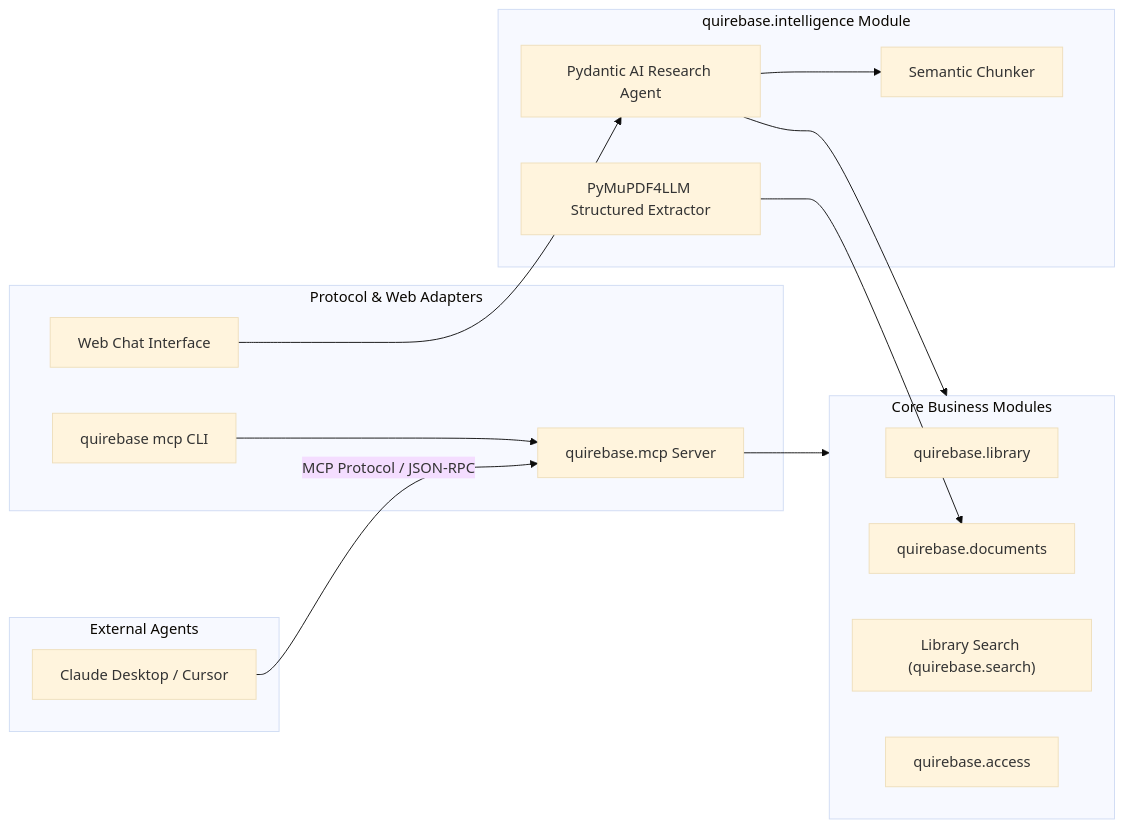
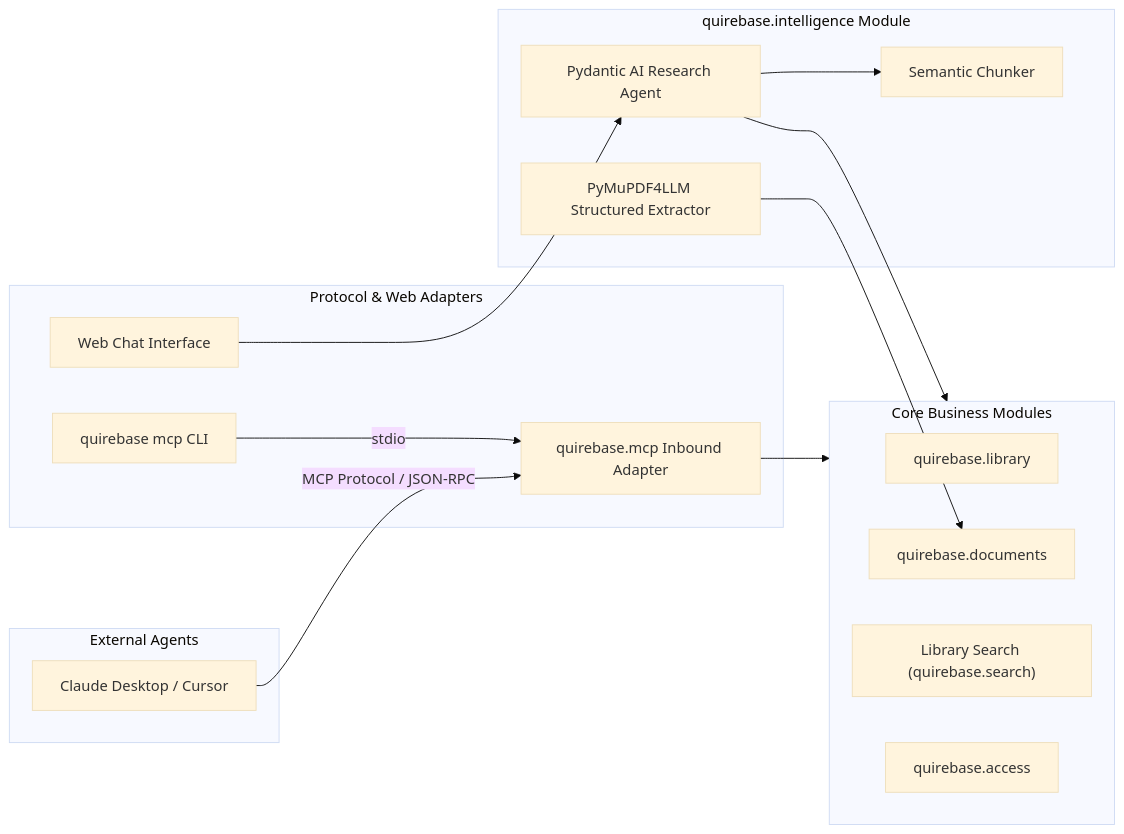
Before and after one commit to Jadeiin/quirebase: the diagram in docs/adr/0004-research-intelligence-mcp-and-agent.md, drawn with Mermaid (base theme). The commit also changed other lines of this file and 65 other files, not shown here.

````diff
--- a/docs/adr/0004-research-intelligence-mcp-and-agent.md
+++ b/docs/adr/0004-research-intelligence-mcp-and-agent.md
@@ -38,34 +76,34 @@
 ```mermaid
 graph LR
   subgraph ExternalEcosystem[External Agents]
     Claude[Claude Desktop / Cursor]
   end
 
   subgraph Adapters[Protocol & Web Adapters]
-    MCP[quirebase.mcp Server]
+    MCP[quirebase.mcp Inbound Adapter]
     CLI[quirebase mcp CLI]
     Web[Web Chat Interface]
   end
 
   subgraph IntelligenceCapability[quirebase.intelligence Module]
     Agent[Pydantic AI Research Agent]
     Extractor[PyMuPDF4LLM Structured Extractor]
     Chunker[Semantic Chunker]
   end
 
   subgraph CoreCapabilities[Core Business Modules]
     Library[quirebase.library]
     Documents[quirebase.documents]
     LibrarySearch["Library Search (quirebase.search)"]
     Access[quirebase.access]
   end
 
   Claude -->|MCP Protocol / JSON-RPC| MCP
-  CLI --> MCP
+  CLI -->|stdio| MCP
   Web --> Agent
 
   MCP --> CoreCapabilities
   Agent --> CoreCapabilities
   Agent --> Chunker
   Extractor --> Documents
 ```
````
